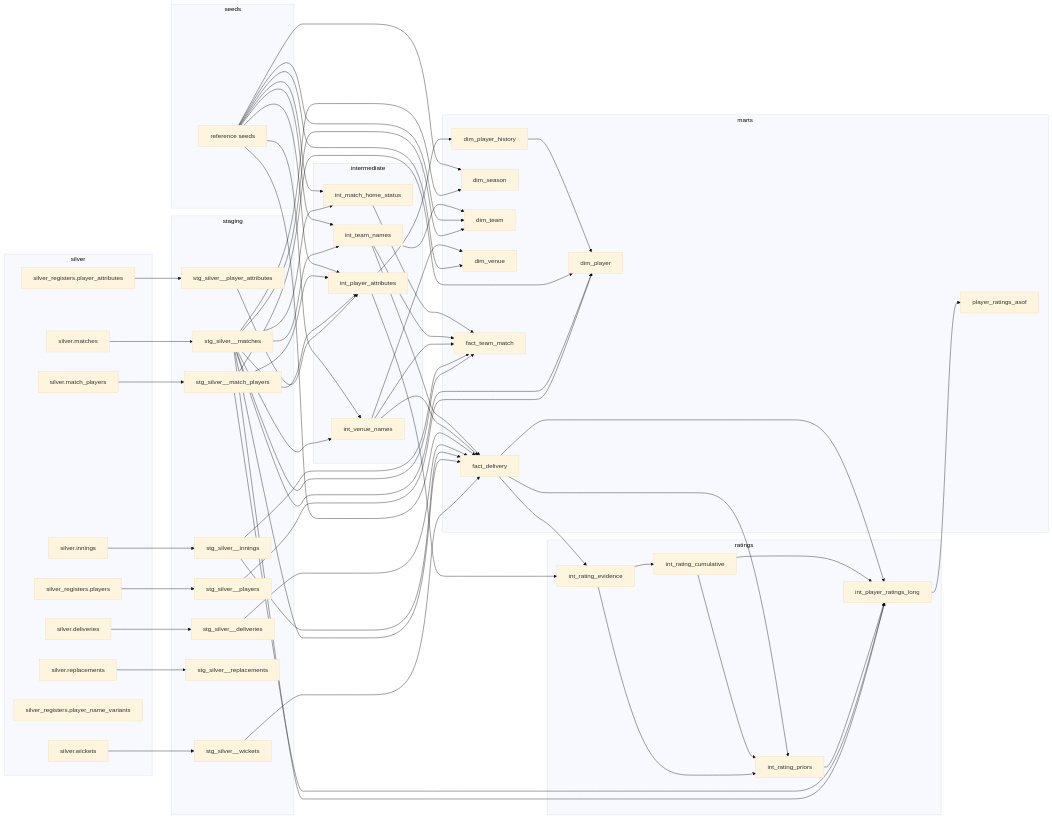
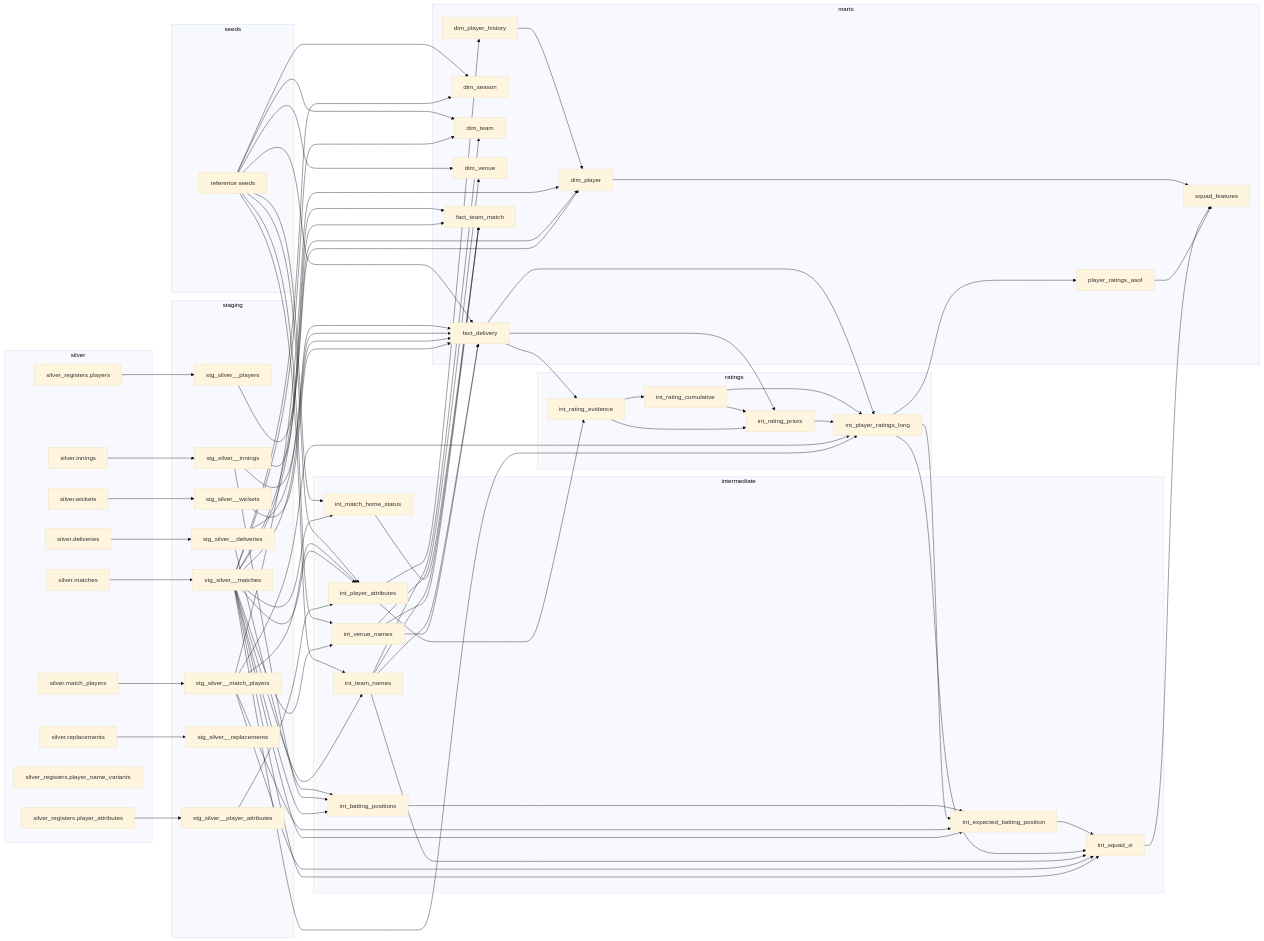
The diagram in README.md (SKarthikeyan28/IPL_squad_evaluator), drawn with Mermaid (base theme) before and after one commit. The commit also changed other lines of this file and 11 other files, not shown here.

Commit message:
Add squad features: expected batting position, starting XI and squad_features mart

```diff
--- a/README.md
+++ b/README.md
@@ -66,8 +66,11 @@
     stg_silver__wickets["stg_silver__wickets"]
   end
   subgraph intermediate
+    int_batting_positions["int_batting_positions"]
+    int_expected_batting_position["int_expected_batting_position"]
     int_match_home_status["int_match_home_status"]
     int_player_attributes["int_player_attributes"]
+    int_squad_xi["int_squad_xi"]
     int_team_names["int_team_names"]
     int_venue_names["int_venue_names"]
   end
@@ -86,26 +89,35 @@
     fact_delivery["fact_delivery"]
     fact_team_match["fact_team_match"]
     player_ratings_asof["player_ratings_asof"]
+    squad_features["squad_features"]
   end
+  dim_player --> squad_features
   dim_player_history --> dim_player
   fact_delivery --> int_player_ratings_long
   fact_delivery --> int_rating_evidence
   fact_delivery --> int_rating_priors
+  int_batting_positions --> int_expected_batting_position
+  int_expected_batting_position --> int_squad_xi
   int_match_home_status --> fact_team_match
   int_player_attributes --> dim_player_history
   int_player_attributes --> int_rating_evidence
+  int_player_ratings_long --> int_expected_batting_position
+  int_player_ratings_long --> int_squad_xi
   int_player_ratings_long --> player_ratings_asof
   int_rating_cumulative --> int_player_ratings_long
   int_rating_cumulative --> int_rating_priors
   int_rating_evidence --> int_rating_cumulative
   int_rating_evidence --> int_rating_priors
   int_rating_priors --> int_player_ratings_long
+  int_squad_xi --> squad_features
   int_team_names --> dim_team
   int_team_names --> fact_delivery
   int_team_names --> fact_team_match
+  int_team_names --> int_squad_xi
   int_venue_names --> dim_venue
   int_venue_names --> fact_delivery
   int_venue_names --> fact_team_match
+  player_ratings_asof --> squad_features
   reference_seeds --> dim_season
   reference_seeds --> dim_team
   reference_seeds --> dim_venue
@@ -123,19 +135,26 @@
   silver_registers_player_attributes --> stg_silver__player_attributes
   silver_registers_players --> stg_silver__players
   stg_silver__deliveries --> fact_delivery
+  stg_silver__deliveries --> int_batting_positions
   stg_silver__innings --> fact_delivery
   stg_silver__innings --> fact_team_match
+  stg_silver__innings --> int_batting_positions
   stg_silver__match_players --> dim_player
+  stg_silver__match_players --> int_expected_batting_position
   stg_silver__match_players --> int_player_attributes
   stg_silver__match_players --> int_player_ratings_long
+  stg_silver__match_players --> int_squad_xi
   stg_silver__matches --> dim_player
   stg_silver__matches --> dim_season
   stg_silver__matches --> dim_team
   stg_silver__matches --> fact_delivery
   stg_silver__matches --> fact_team_match
+  stg_silver__matches --> int_batting_positions
+  stg_silver__matches --> int_expected_batting_position
   stg_silver__matches --> int_match_home_status
   stg_silver__matches --> int_player_attributes
   stg_silver__matches --> int_player_ratings_long
+  stg_silver__matches --> int_squad_xi
   stg_silver__matches --> int_team_names
   stg_silver__matches --> int_venue_names
   stg_silver__player_attributes --> int_player_attributes
```
